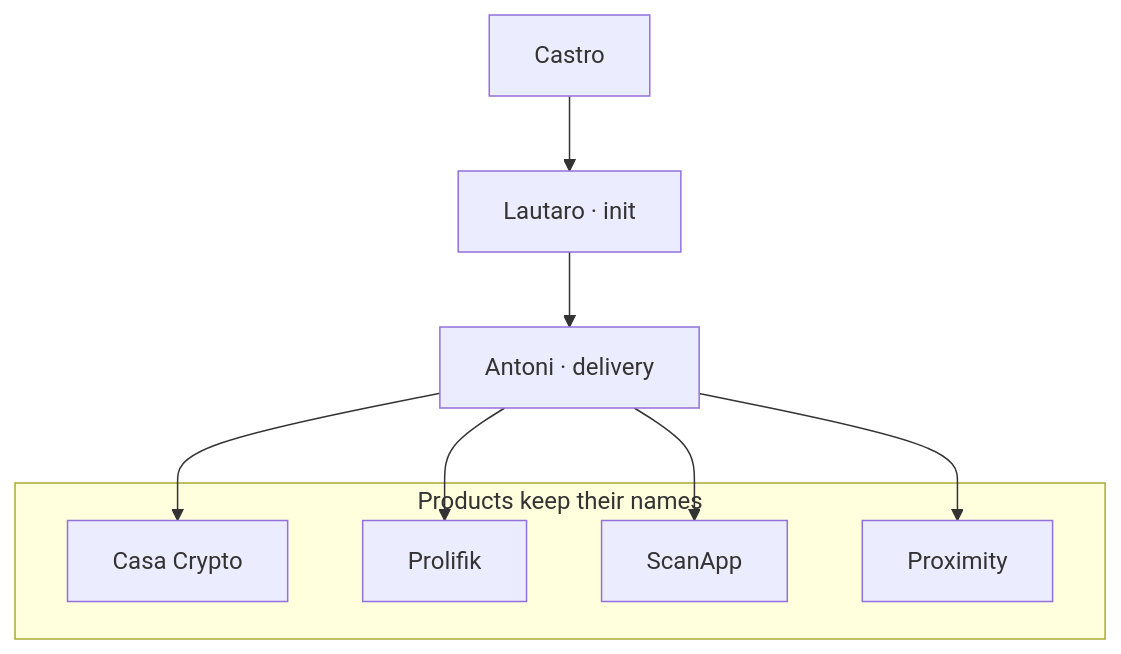
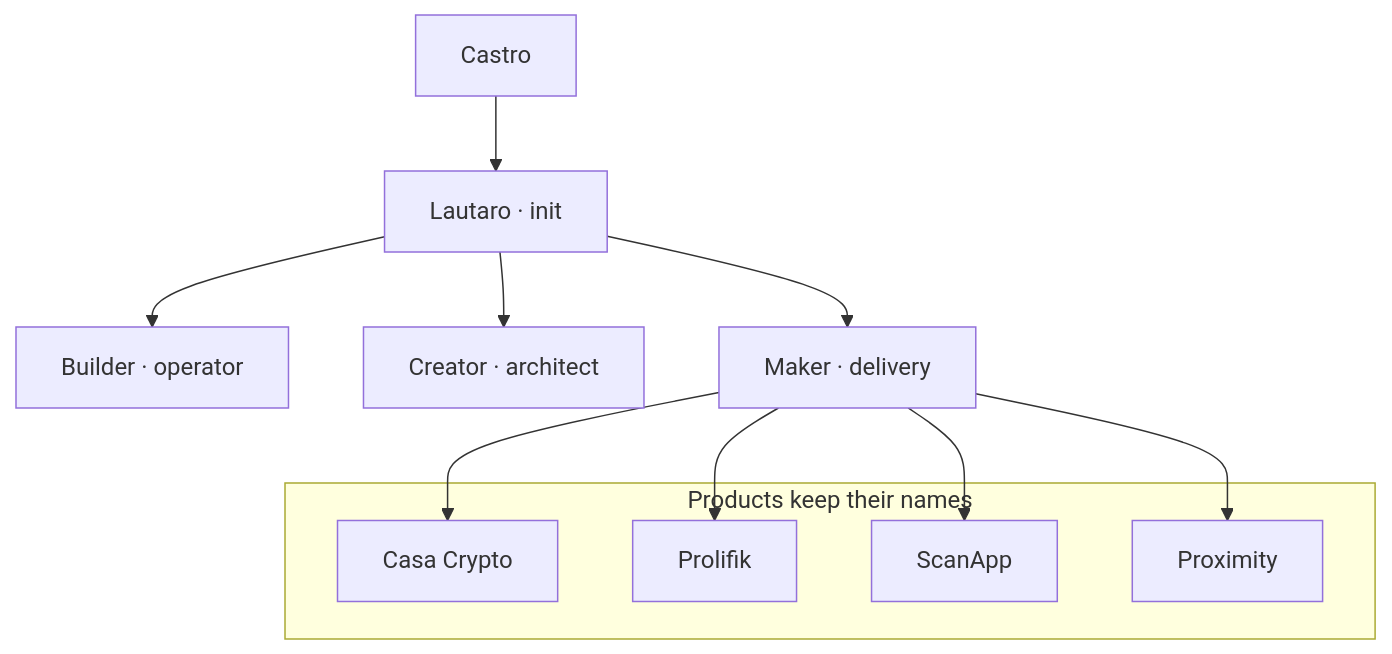
One commit to cashtro/cashtro changed the diagram in canvases/agentic-os-plan.md. Above: the diagram before and after it, drawn with Mermaid. The commit also changed other lines of this file and 7 other files, not shown here.

First line of the commit message:
feat: crew names Lautaro, Builder, Creator, and keep going

````diff
--- a/canvases/agentic-os-plan.md
+++ b/canvases/agentic-os-plan.md
@@ -8,18 +8,22 @@
 ```mermaid
 flowchart TB
   Castro[Castro]
   Lautaro[Lautaro · init]
-  Antoni[Antoni · delivery]
+  Builder[Builder · operator]
+  Creator[Creator · architect]
+  Maker[Maker · delivery]
   subgraph products [Products keep their names]
     CasaCrypto[Casa Crypto]
     Prolifik[Prolifik]
     ScanApp[ScanApp]
     Proximity[Proximity]
   end
   Castro --> Lautaro
-  Lautaro --> Antoni
-  Antoni --> CasaCrypto
-  Antoni --> Prolifik
-  Antoni --> ScanApp
-  Antoni --> Proximity
+  Lautaro --> Builder
+  Lautaro --> Creator
+  Lautaro --> Maker
+  Maker --> CasaCrypto
+  Maker --> Prolifik
+  Maker --> ScanApp
+  Maker --> Proximity
 ```
````
